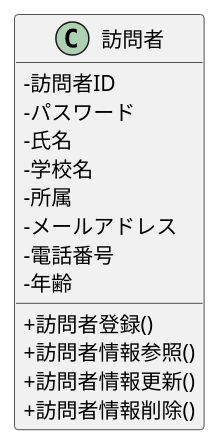
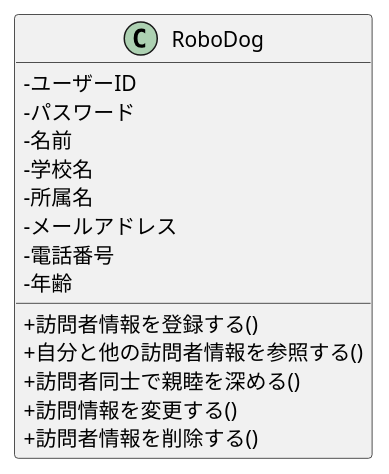
Before and after one commit to ghbuser12/ohara_uml: the diagram in 07_web_visitor/class.pu, drawn with PlantUML. The commit also changed 1 other file, not shown here.

```diff
--- a/07_web_visitor/class.pu
+++ b/07_web_visitor/class.pu
@@ -1,18 +1,18 @@
-@startuml
-skinparam ClassAttributeIconSize 0
-class 訪問者 {
- -訪問者ID
+@startuml .
+skinparam classAttributeIconSize 0
+class RoboDog {
+ -ユーザーID
  -パスワード
- -氏名
+ -名前
  -学校名
- -所属
+ -所属名
  -メールアドレス
  -電話番号
  -年齢
- +訪問者登録()
- +訪問者情報参照()
- +訪問者情報更新()
- +訪問者情報削除()
+ +訪問者情報を登録する()
+ +自分と他の訪問者情報を参照する()
+ +訪問者同士で親睦を深める()
+ +訪問情報を変更する()
+ +訪問者情報を削除する()
 }
-
 @enduml
```
